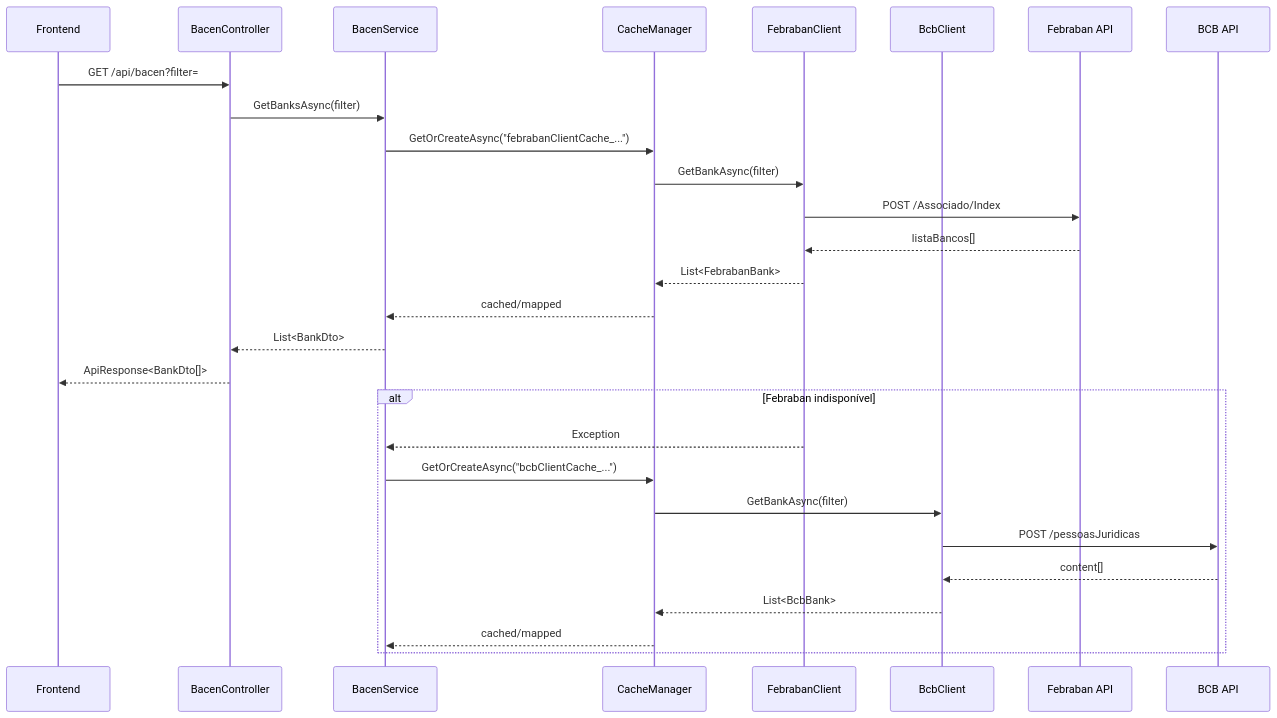
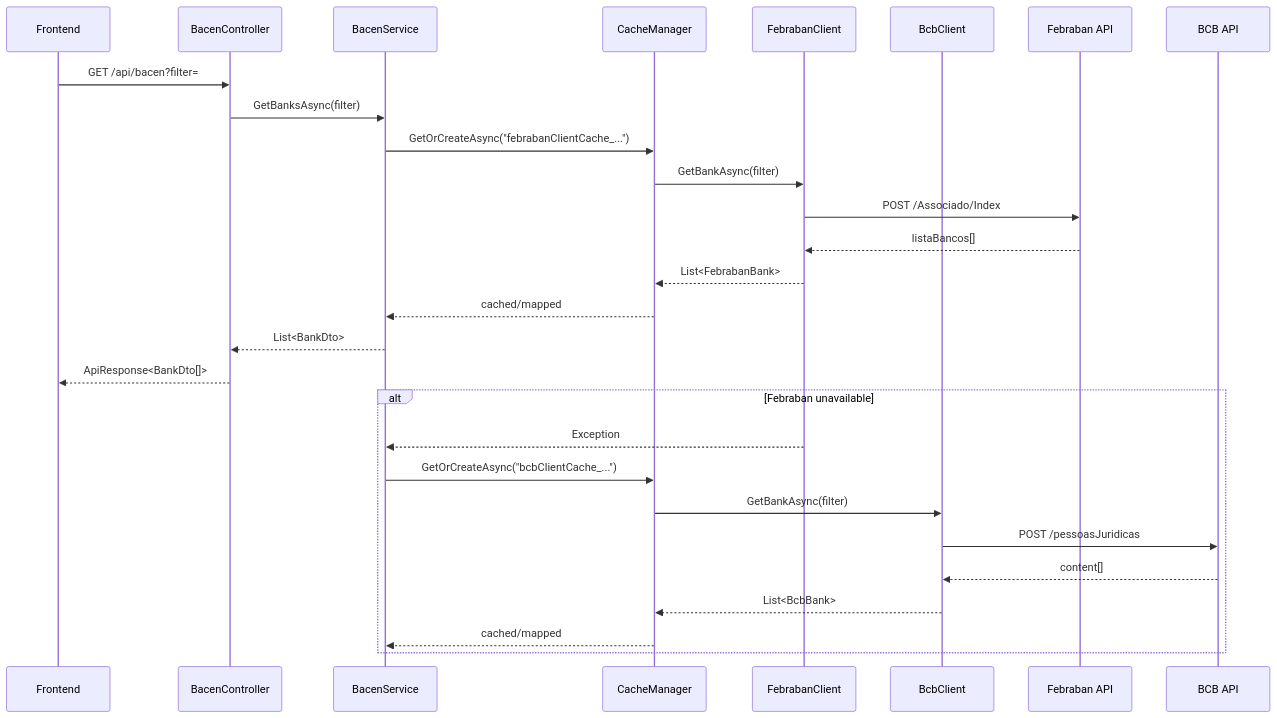
One commit to afonsoft/bff changed the diagram in README.md. Above: the diagram before and after it, drawn with Mermaid. The commit also changed other lines of this file and 8 other files, not shown here.

````diff
--- a/README.md
+++ b/README.md
@@ -81,32 +83,32 @@
 ```mermaid
 sequenceDiagram
     participant FE as Frontend
     participant BC as BacenController
     participant BS as BacenService
     participant CM as CacheManager
     participant FC as FebrabanClient
     participant BCb as BcbClient
     participant FEB as Febraban API
     participant BCB as BCB API
 
     FE->>BC: GET /api/bacen?filter=
     BC->>BS: GetBanksAsync(filter)
     BS->>CM: GetOrCreateAsync("febrabanClientCache_...")
     CM->>FC: GetBankAsync(filter)
     FC->>FEB: POST /Associado/Index
     FEB-->>FC: listaBancos[]
     FC-->>CM: List<FebrabanBank>
     CM-->>BS: cached/mapped
     BS-->>BC: List<BankDto>
     BC-->>FE: ApiResponse<BankDto[]>
 
-    alt Febraban indisponível
+    alt Febraban unavailable
         FC-->>BS: Exception
         BS->>CM: GetOrCreateAsync("bcbClientCache_...")
         CM->>BCb: GetBankAsync(filter)
         BCb->>BCB: POST /pessoasJuridicas
         BCB-->>BCb: content[]
         BCb-->>CM: List<BcbBank>
         CM-->>BS: cached/mapped
     end
 ```
````
